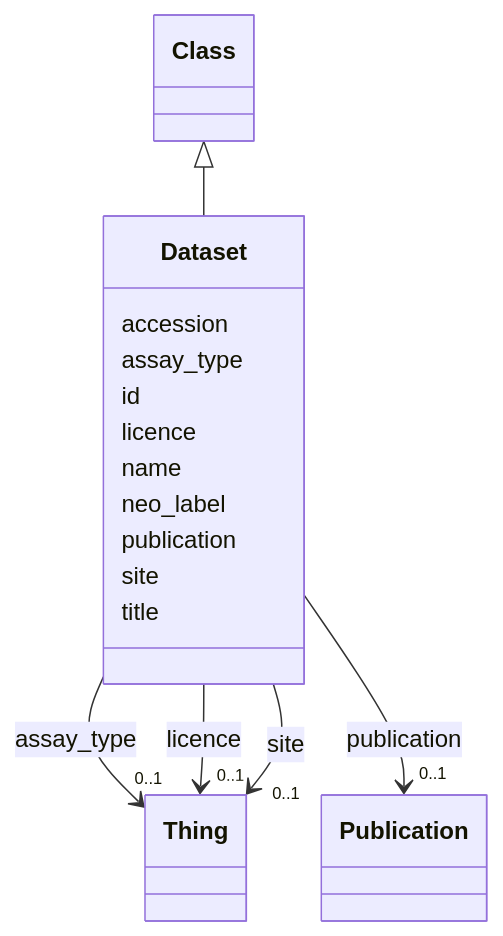
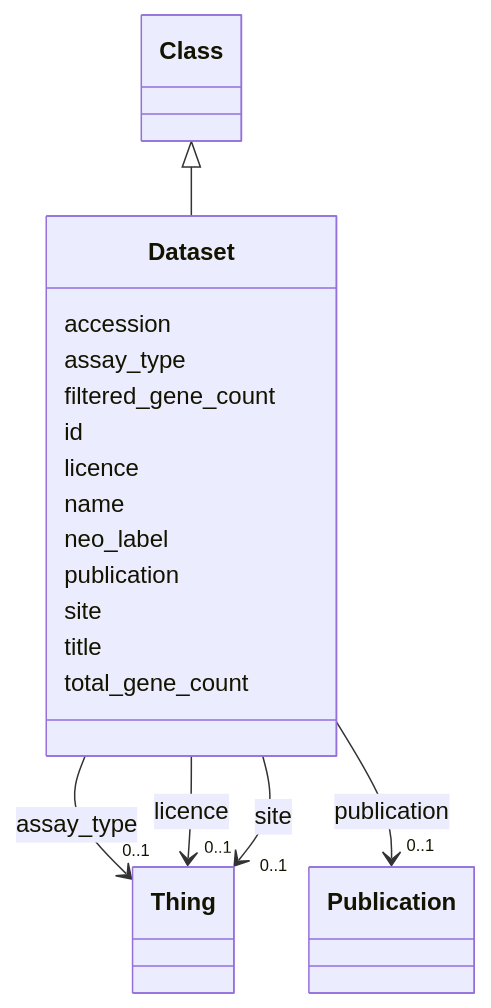
One commit to VirtualFlyBrain/vfb-scRNAseq-ontology changed the diagram in docs/Dataset.md. Above: the diagram before and after it, drawn with Mermaid. The commit also changed other lines of this file and 82 other files, not shown here.

````diff
--- a/docs/Dataset.md
+++ b/docs/Dataset.md
@@ -14,55 +14,59 @@
 ```mermaid
  classDiagram
     class Dataset
     click Dataset href "../Dataset"
       Class <|-- Dataset
         click Class href "../Class"
       
       Dataset : accession
         
       Dataset : assay_type
         
           
     
     
     Dataset --> "0..1" Thing : assay_type
     click Thing href "../Thing"
 
+        
+      Dataset : filtered_gene_count
         
       Dataset : id
         
       Dataset : licence
         
           
     
     
     Dataset --> "0..1" Thing : licence
     click Thing href "../Thing"
 
         
       Dataset : name
         
       Dataset : neo_label
         
       Dataset : publication
         
           
     
     
     Dataset --> "0..1" Publication : publication
     click Publication href "../Publication"
 
         
       Dataset : site
         
           
     
     
     Dataset --> "0..1" Thing : site
     click Thing href "../Thing"
 
         
       Dataset : title
         
+      Dataset : total_gene_count
+        
       
 ```
````
